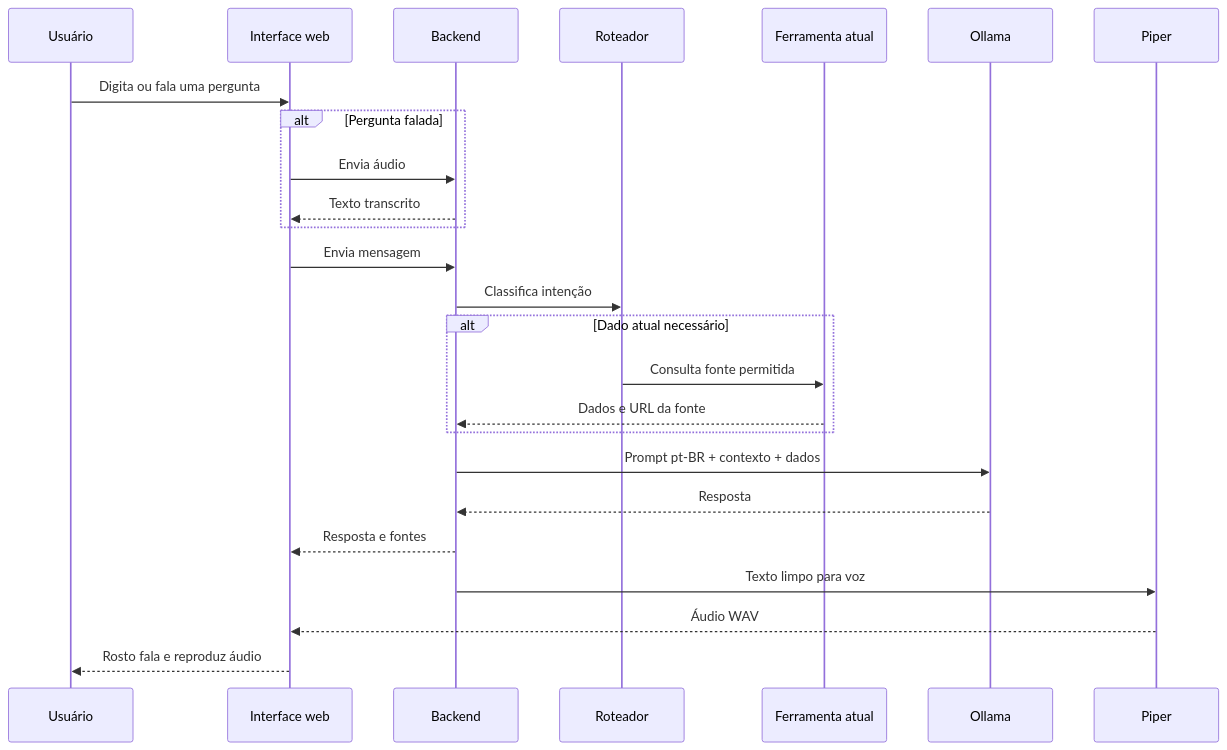
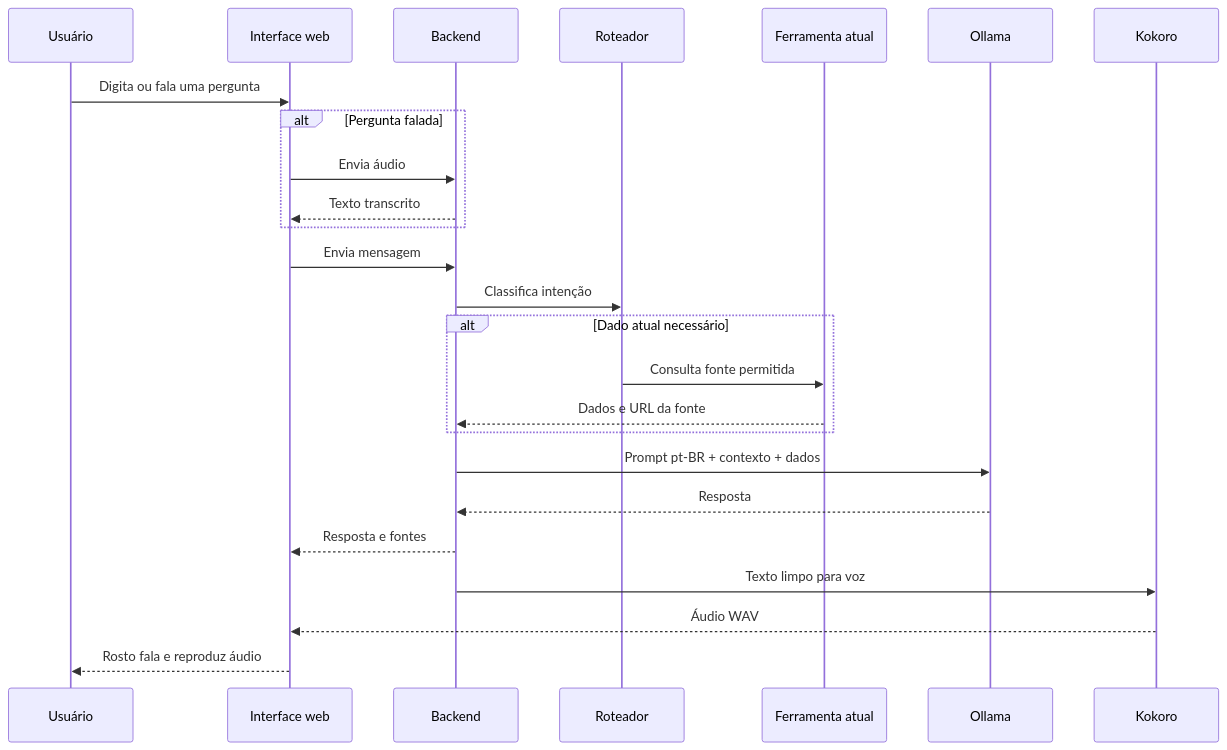
One commit to kevincorsigon/ia-local changed the second of 3 diagrams in ARCHITECTURE.md. Above: the diagram before and after it, drawn with Mermaid. The commit also changed other lines of this file and 30 other files, not shown here.

````diff
--- a/ARCHITECTURE.md
+++ b/ARCHITECTURE.md
@@ -59,28 +61,28 @@
 ```mermaid
 sequenceDiagram
     participant U as Usuário
     participant W as Interface web
     participant A as Backend
     participant R as Roteador
     participant T as Ferramenta atual
     participant O as Ollama
-    participant P as Piper
+    participant P as Kokoro
 
     U->>W: Digita ou fala uma pergunta
     alt Pergunta falada
         W->>A: Envia áudio
         A-->>W: Texto transcrito
     end
     W->>A: Envia mensagem
     A->>R: Classifica intenção
     alt Dado atual necessário
         R->>T: Consulta fonte permitida
         T-->>A: Dados e URL da fonte
     end
     A->>O: Prompt pt-BR + contexto + dados
     O-->>A: Resposta
     A-->>W: Resposta e fontes
     A->>P: Texto limpo para voz
     P-->>W: Áudio WAV
     W-->>U: Rosto fala e reproduz áudio
 ```
````
